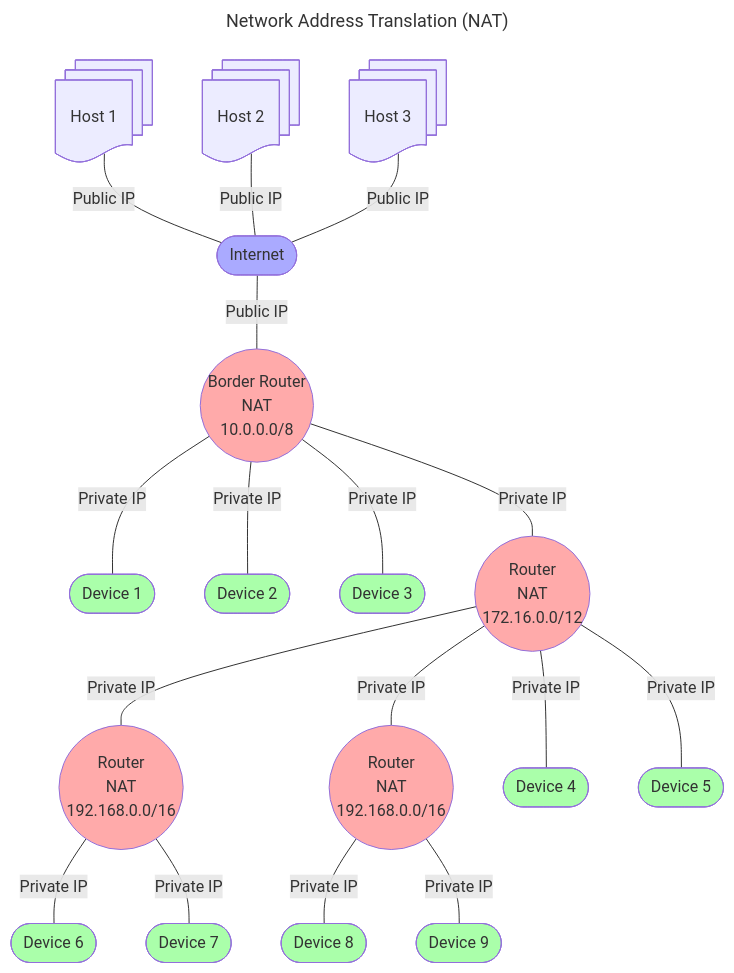
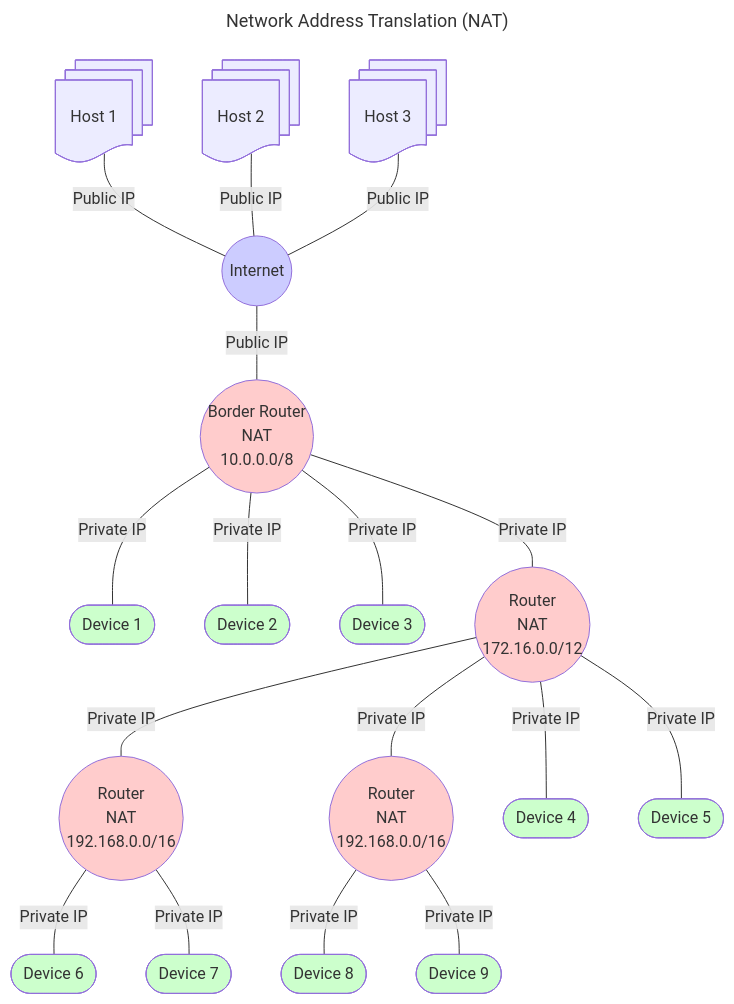
One commit to RicardolCarvalho/Plataformas changed the second of 2 diagrams in docs/classes/containerization/main.md. Above: the diagram before and after it, drawn with Mermaid.

Commit message:
image nat

````diff
--- a/docs/classes/containerization/main.md
+++ b/docs/classes/containerization/main.md
@@ -154,28 +154,28 @@
 ``` mermaid
 ---
 title: Network Address Translation (NAT)
 ---
 flowchart TB
     host1@{ shape: docs, label: "Host 1"} ---|Public IP| internet([Internet])
     host2@{ shape: docs, label: "Host 2"} ---|Public IP| internet([Internet])
     host3@{ shape: docs, label: "Host 3"} ---|Public IP| internet([Internet])
-    internet([Internet]) ---|Public IP| router1((Border Router<br>NAT<br>10.0.0.0/8))
+    internet((Internet)) ---|Public IP| router1((Border Router<br>NAT<br>10.0.0.0/8))
     router1 ---|Private IP| device1([Device 1])
     router1 ---|Private IP| device2([Device 2])
     router1 ---|Private IP| device3([Device 3])
     router1 ---|Private IP| router2((Router<br>NAT<br>172.16.0.0/12))
     router2 ---|Private IP| router3((Router<br>NAT<br>192.168.0.0/16))
     router2 ---|Private IP| router4((Router<br>NAT<br>192.168.0.0/16))
     router2 ---|Private IP| device4([Device 4])
     router2 ---|Private IP| device5([Device 5])
     router3 ---|Private IP| device6([Device 6])
     router3 ---|Private IP| device7([Device 7])
     router4 ---|Private IP| device8([Device 8])
     router4 ---|Private IP| device9([Device 9])
-    classDef internet fill:#aaf
-    classDef router fill:#faa
-    classDef device fill:#afa
+    classDef internet fill:#ccf
+    classDef router fill:#fcc
+    classDef device fill:#cfc
     class internet internet
     class router1,router2,router3,router4 router
     class device1,device2,device3,device4,device5,device6,device7,device8,device9 device
 ```
````
